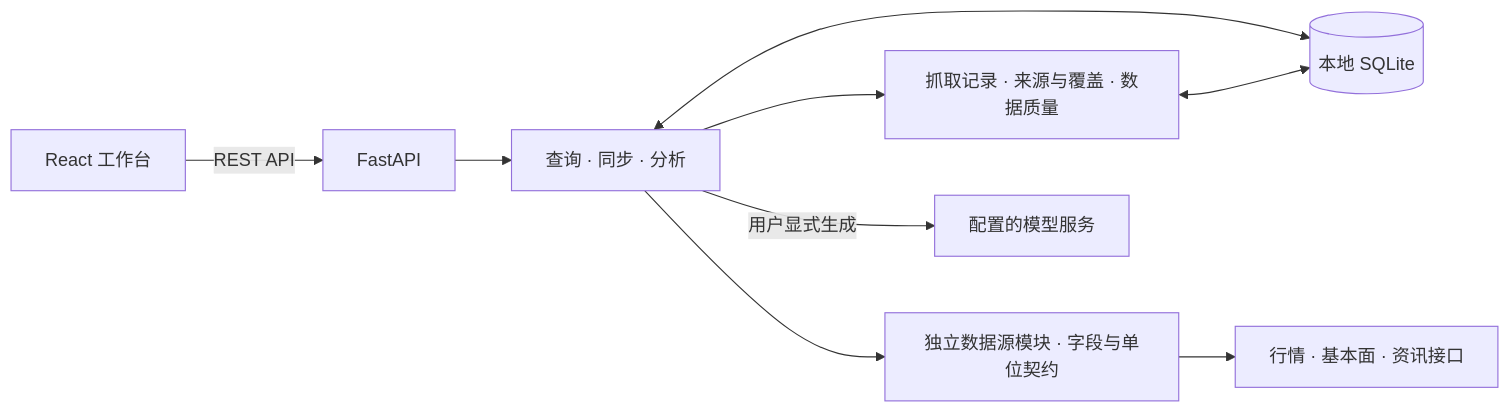
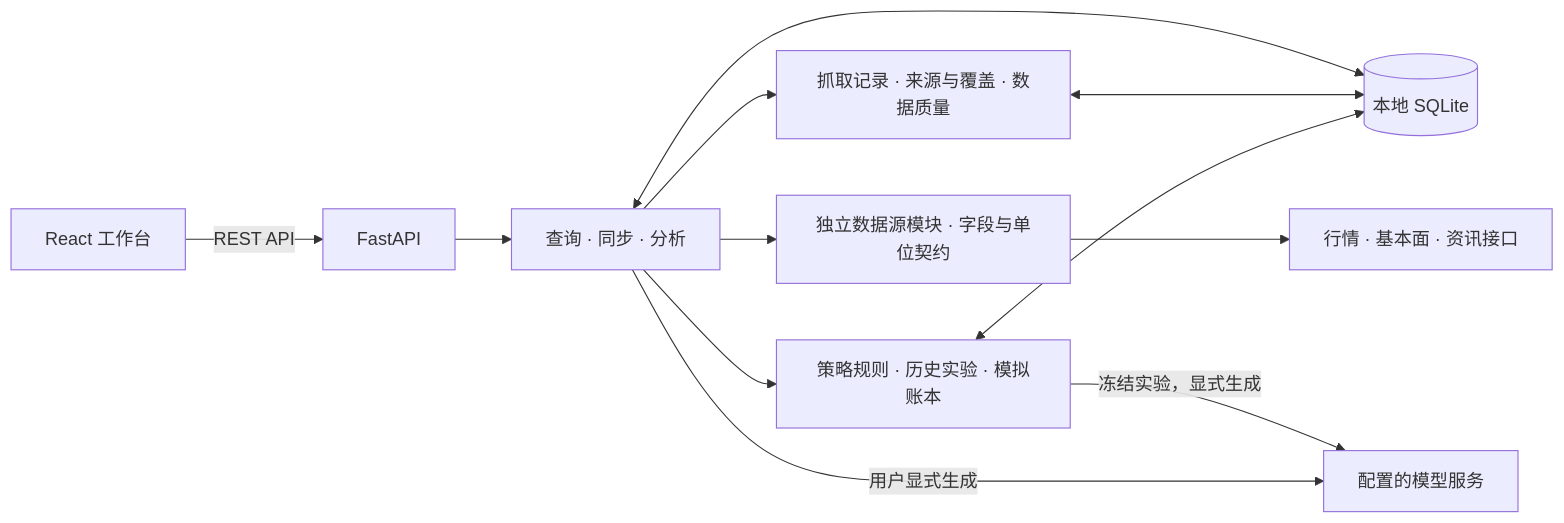
The diagram in README.md (BirdieMoon-peter/Investment-Board), drawn with Mermaid before and after one commit. The commit also changed other lines of this file and 49 other files, not shown here.

````diff
--- a/README.md
+++ b/README.md
@@ -196,11 +203,14 @@
 ```mermaid
 flowchart LR
     UI[React 工作台] -->|REST API| API[FastAPI]
     API --> Services[查询 · 同步 · 分析]
     Services <--> DB[(本地 SQLite)]
     Services --> Sources[独立数据源模块 · 字段与单位契约]
     Sources --> Data[行情 · 基本面 · 资讯接口]
     Services --> Quality[抓取记录 · 来源与覆盖 · 数据质量]
     Quality <--> DB
+    Services --> Quant[策略规则 · 历史实验 · 模拟账本]
+    Quant <--> DB
+    Quant -->|冻结实验，显式生成| AI
     Services -->|用户显式生成| AI[配置的模型服务]
 ```
````
